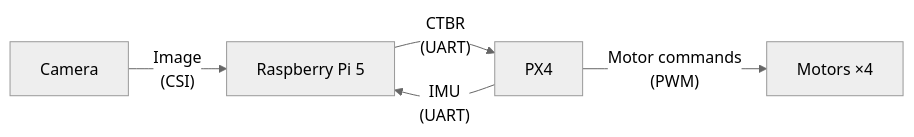
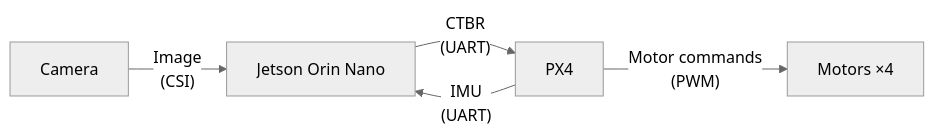
Before and after one commit to sungho2574/autonomous-drone-racing: the first of 2 diagrams in docs/diagram.md, drawn with Mermaid (neutral theme).

Commit message:
docs: update hw

````diff
--- a/docs/diagram.md
+++ b/docs/diagram.md
@@ -1,12 +1,12 @@
 ```mermaid
 flowchart LR
     C["Camera"]
-    R["Raspberry Pi 5"]
+    R["Jetson Orin Nano"]
     P["PX4"]
     M["Motors ×4"]
 
     C -->|"Image<br/>(CSI)"| R
     R -->|"CTBR<br/>(UART)"| P
     P -->|"IMU<br/>(UART)"| R
     P -->|"Motor commands<br/>(PWM)"| M
 ```
````
